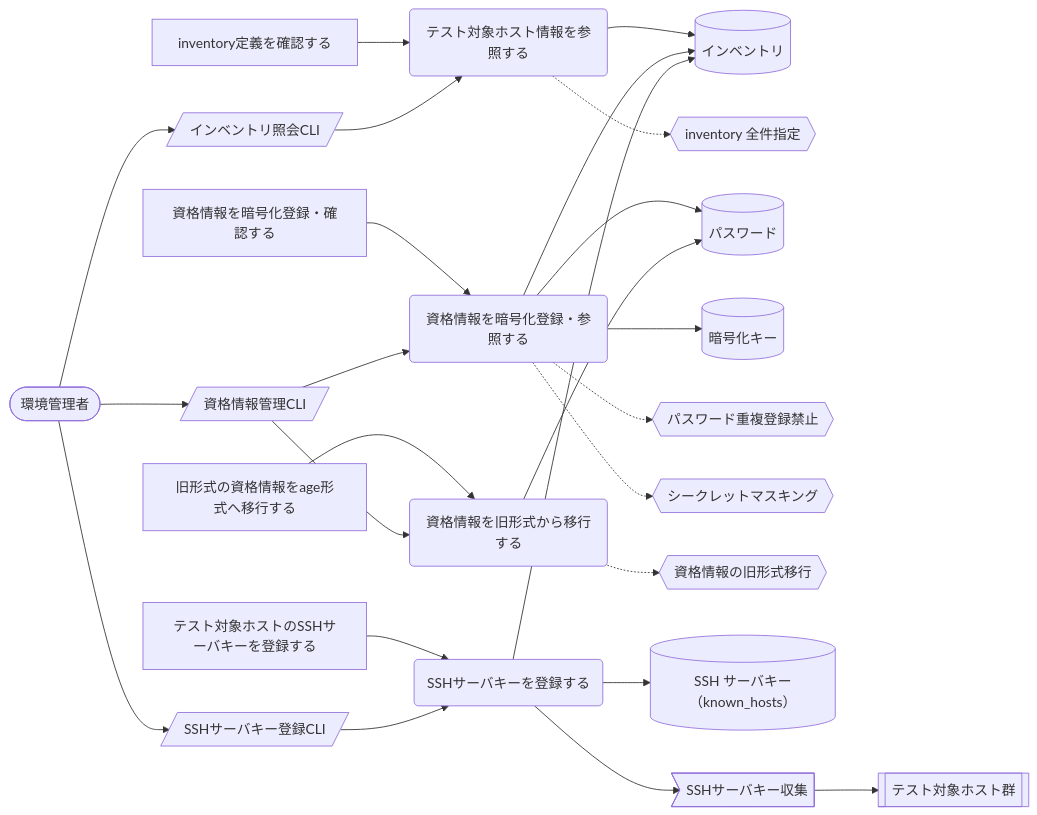
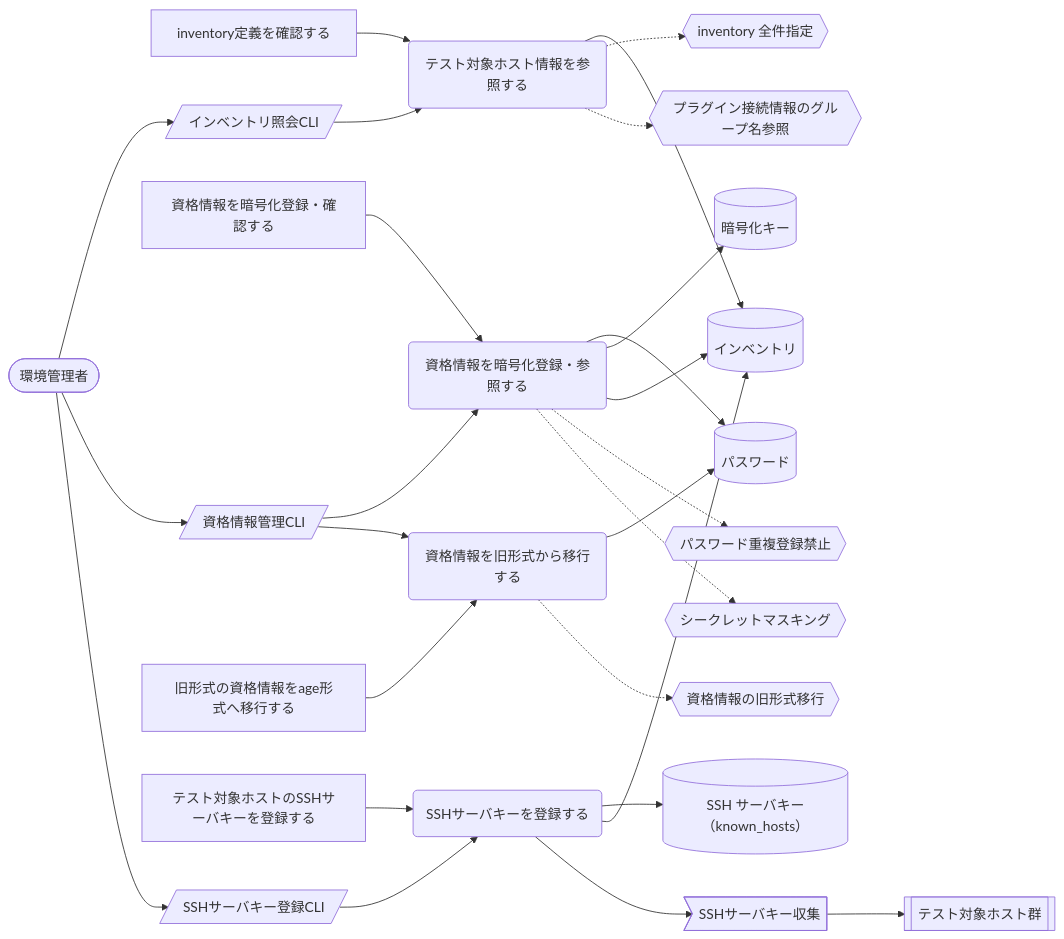
Before and after one commit to scenario-test-framework/stfw: the second of 7 diagrams in docs/rdra/latest/views/04_UC複合図.md, drawn with Mermaid. The commit also changed other lines of this file and 24 other files, not shown here.

````diff
--- a/docs/rdra/latest/views/04_UC複合図.md
+++ b/docs/rdra/latest/views/04_UC複合図.md
@@ -50,49 +50,51 @@
 ```mermaid
 graph LR
   UC1("テスト対象ホスト情報を参照する")
   AT1["inventory定義を確認する"]
   IF1[("インベントリ")]
   CD1{{"inventory 全件指定"}}
+  CD2{{"プラグイン接続情報のグループ名参照"}}
   SC1[/"インベントリ照会CLI"/]
   AC1(["環境管理者"])
   UC2("資格情報を暗号化登録・参照する")
   AT2["資格情報を暗号化登録・確認する"]
   IF2[("パスワード")]
   IF3[("暗号化キー")]
-  CD2{{"パスワード重複登録禁止"}}
-  CD3{{"シークレットマスキング"}}
+  CD3{{"パスワード重複登録禁止"}}
+  CD4{{"シークレットマスキング"}}
   SC2[/"資格情報管理CLI"/]
   UC3("資格情報を旧形式から移行する")
   AT3["旧形式の資格情報をage形式へ移行する"]
-  CD4{{"資格情報の旧形式移行"}}
+  CD5{{"資格情報の旧形式移行"}}
   UC4("SSHサーバキーを登録する")
   AT4["テスト対象ホストのSSHサーバキーを登録する"]
   IF4[("SSH サーバキー（known_hosts）")]
   SC3[/"SSHサーバキー登録CLI"/]
   EV1>"SSHサーバキー収集"]
   EX1[["テスト対象ホスト群"]]
   AT1 --> UC1
   UC1 --> IF1
   UC1 -.-> CD1
+  UC1 -.-> CD2
   AC1 --> SC1
   SC1 --> UC1
   AT2 --> UC2
   UC2 --> IF2
   UC2 --> IF3
   UC2 --> IF1
-  UC2 -.-> CD2
   UC2 -.-> CD3
+  UC2 -.-> CD4
   AC1 --> SC2
   SC2 --> UC2
   AT3 --> UC3
   UC3 --> IF2
-  UC3 -.-> CD4
+  UC3 -.-> CD5
   SC2 --> UC3
   AT4 --> UC4
   UC4 --> IF4
   UC4 --> IF1
   AC1 --> SC3
   SC3 --> UC4
   UC4 --> EV1
   EV1 --> EX1
 ```
````
